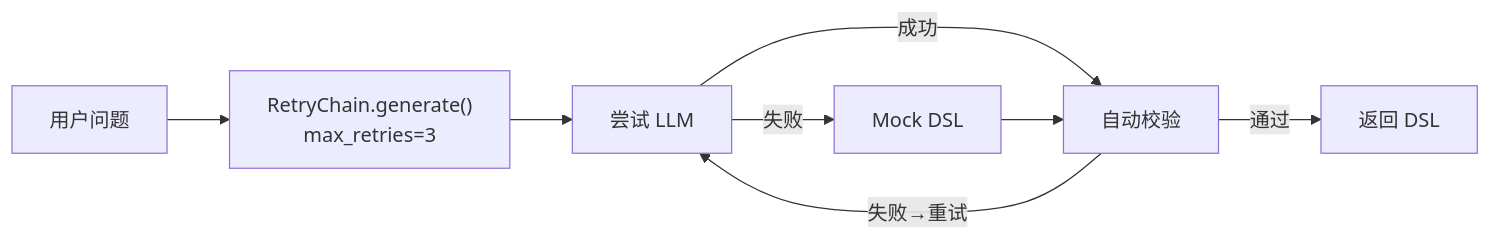
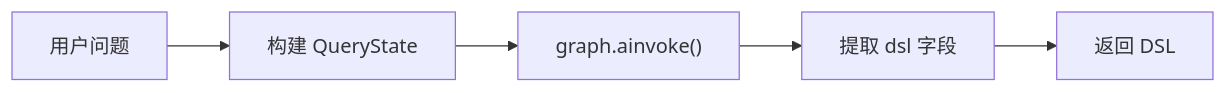
Before and after one commit to kobegy248/nl2dsl-engine: the seventh of 11 diagrams in docs/query-flow.md, drawn with Mermaid. The commit also changed other lines of this file, not shown here.

Commit message:
docs: update query-flow.md with LangGraph StateGraph architecture

````diff
--- a/docs/query-flow.md
+++ b/docs/query-flow.md
@@ -245,9 +267,5 @@
 ```mermaid
 flowchart LR
-    A["用户问题"] --> RETRY["RetryChain.generate()\nmax_retries=3"]
-    RETRY --> B["尝试 LLM"] -->|"失败"| C["Mock DSL"]
-    B -->|"成功"| VALIDATE["自动校验"]
-    VALIDATE -->|"失败→重试"| B
-    VALIDATE -->|"通过"| D["返回 DSL"]
-    C --> VALIDATE
+    A["用户问题"] --> B["构建 QueryState"] --> C["graph.ainvoke()"]
+    C --> D["提取 dsl 字段"] --> E["返回 DSL"]
 ```
````
